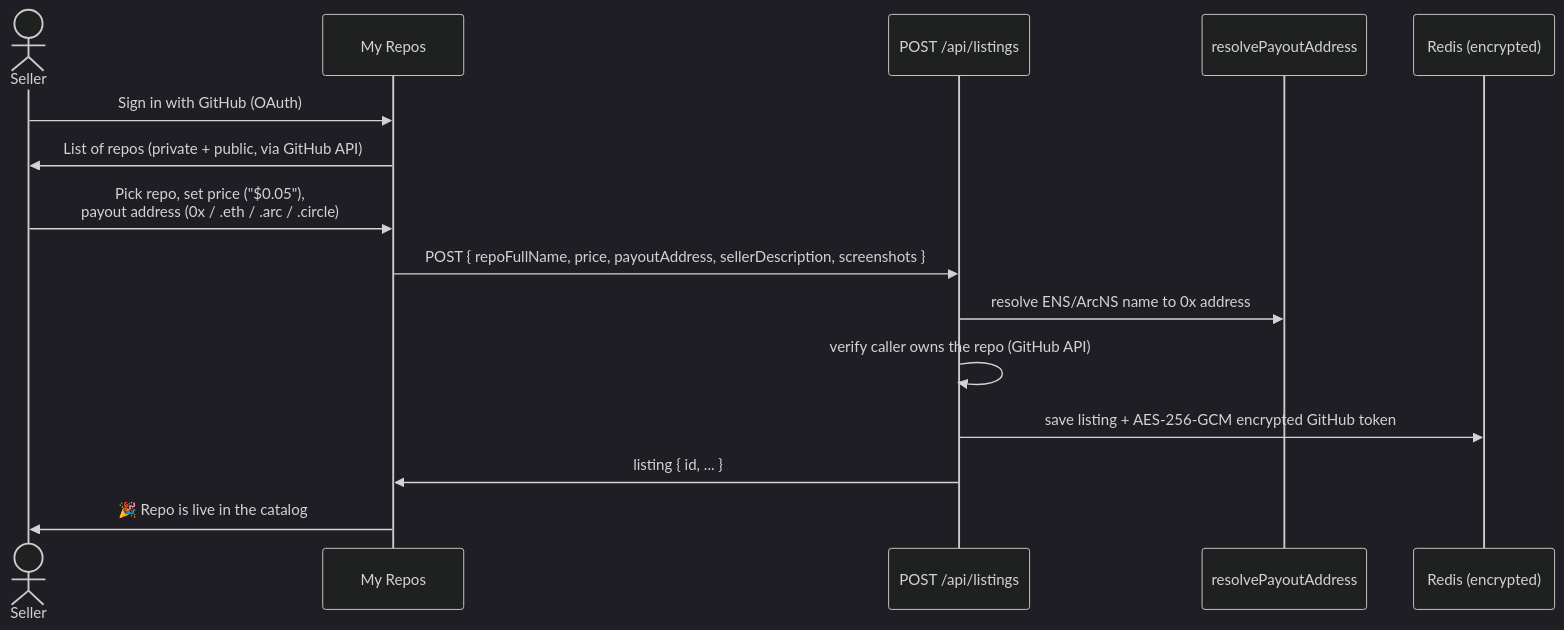
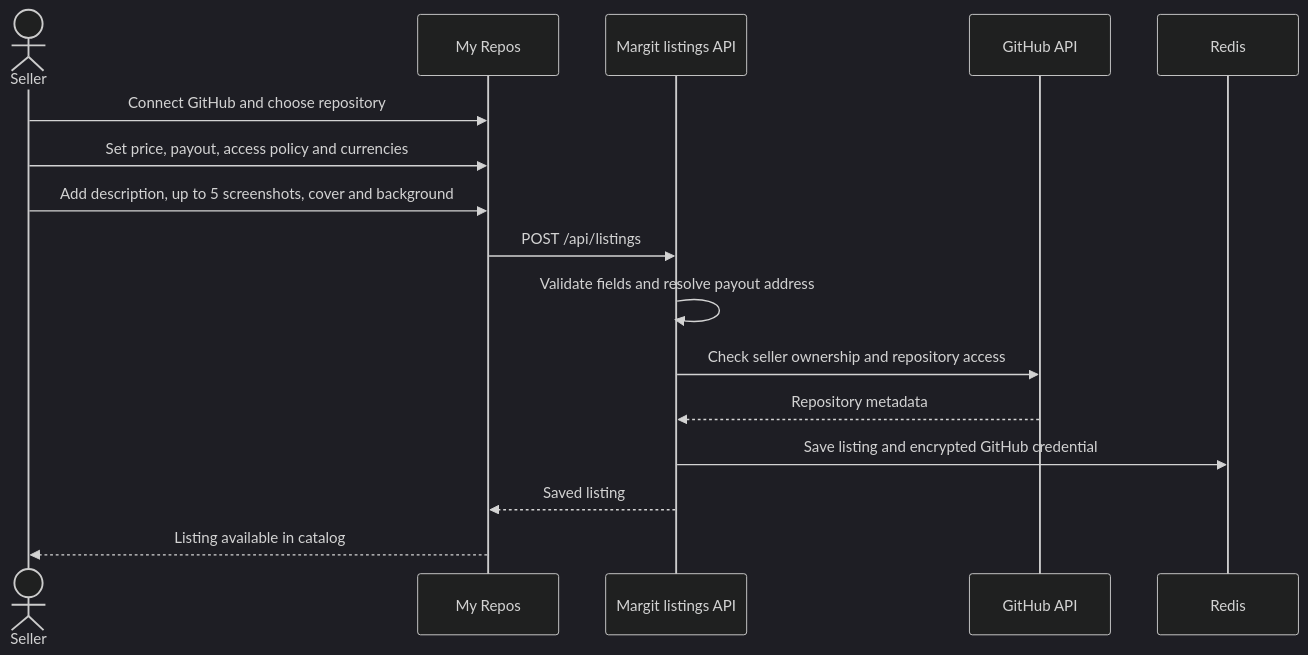
One commit to vm06007/margit changed the second of 7 diagrams in README.md. Above: the diagram before and after it, drawn with Mermaid (dark theme). The commit also changed other lines of this file and 13 other files, not shown here.

````diff
--- a/README.md
+++ b/README.md
@@ -91,18 +84,18 @@
 ```mermaid
 sequenceDiagram
     actor S as Seller
     participant UI as My Repos
-    participant API as POST /api/listings
-    participant Names as resolvePayoutAddress
-    participant Store as Redis (encrypted)
-
-    S->>UI: Sign in with GitHub (OAuth)
-    UI->>S: List of repos (private + public, via GitHub API)
-    S->>UI: Pick repo, set price ("$0.05"),<br/>payout address (0x / .eth / .arc / .circle)
-    UI->>API: POST { repoFullName, price, payoutAddress, sellerDescription, screenshots }
-    API->>Names: resolve ENS/ArcNS name to 0x address
-    API->>API: verify caller owns the repo (GitHub API)
-    API->>Store: save listing + AES-256-GCM encrypted GitHub token
-    API->>UI: listing { id, ... }
-    UI->>S: 🎉 Repo is live in the catalog
+    participant API as Margit listings API
+    participant GH as GitHub API
+    participant Store as Redis
+    S->>UI: Connect GitHub and choose repository
+    S->>UI: Set price, payout, access policy and currencies
+    S->>UI: Add description, up to 5 screenshots, cover and background
+    UI->>API: POST /api/listings
+    API->>API: Validate fields and resolve payout address
+    API->>GH: Check seller ownership and repository access
+    GH-->>API: Repository metadata
+    API->>Store: Save listing and encrypted GitHub credential
+    API-->>UI: Saved listing
+    UI-->>S: Listing available in catalog
 ```
````
